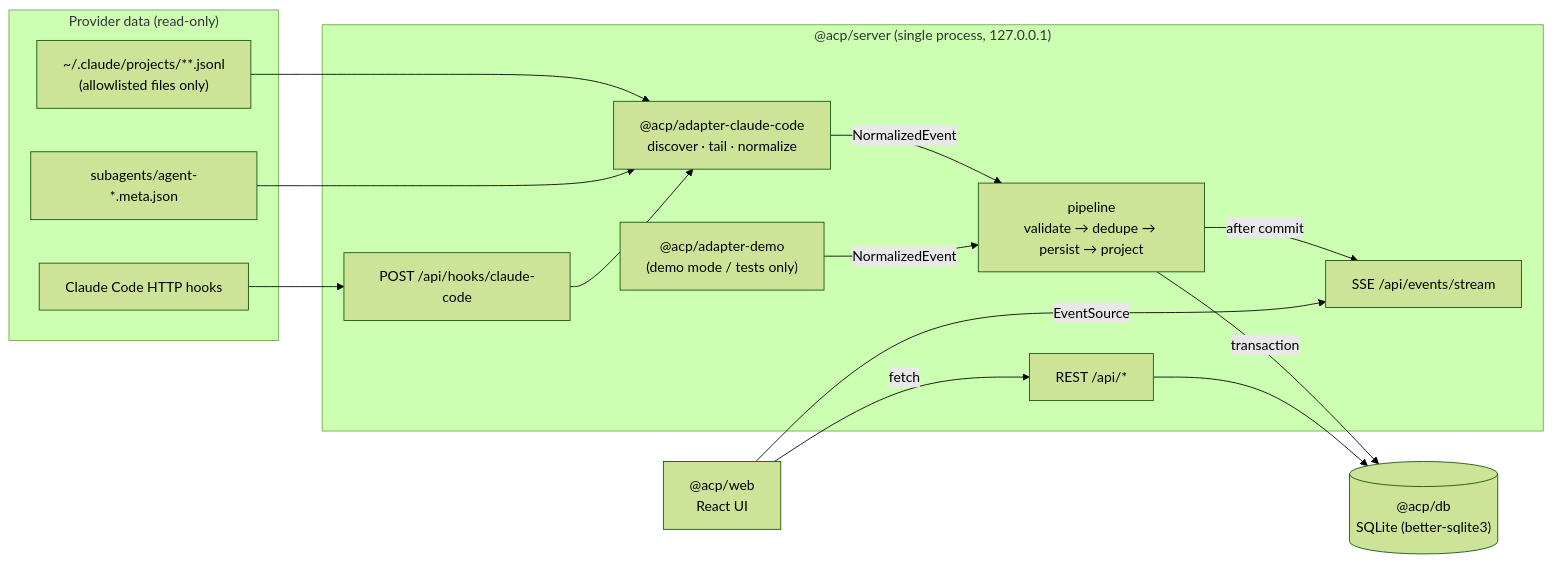
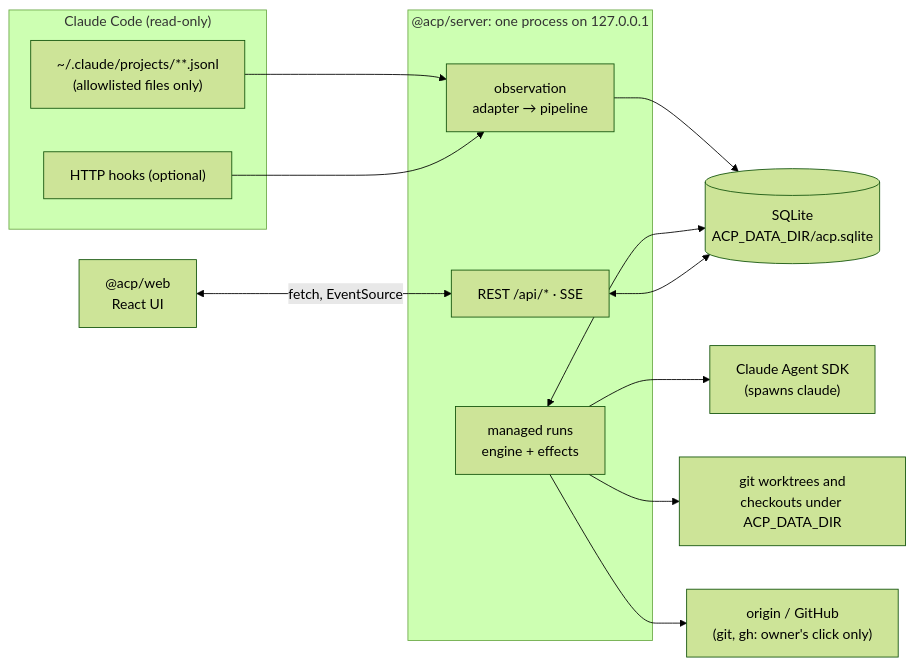
Before and after one commit to keerthivibisan/agent-control-plane: the first of 6 diagrams in docs/architecture.md, drawn with Mermaid (forest theme). The commit also changed other lines of this file and 327 other files, not shown here.

````diff
--- a/docs/architecture.md
+++ b/docs/architecture.md
@@ -13,31 +22,29 @@
 ```mermaid
 flowchart LR
-  subgraph Providers["Provider data (read-only)"]
+  subgraph Claude["Claude Code (read-only)"]
     TX["~/.claude/projects/**.jsonl<br/>(allowlisted files only)"]
-    META["subagents/agent-*.meta.json"]
-    HOOK["Claude Code HTTP hooks"]
+    HOOK["HTTP hooks (optional)"]
   end
 
-  subgraph Server["@acp/server (single process, 127.0.0.1)"]
-    ADP["@acp/adapter-claude-code<br/>discover · tail · normalize"]
-    DEMO["@acp/adapter-demo<br/>(demo mode / tests only)"]
-    PIPE["pipeline<br/>validate → dedupe → persist → project"]
-    API["REST /api/*"]
-    SSE["SSE /api/events/stream"]
-    HR["POST /api/hooks/claude-code"]
+  subgraph Server["@acp/server: one process on 127.0.0.1"]
+    OBS["observation<br/>adapter → pipeline"]
+    RUN["managed runs<br/>engine + effects"]
+    API["REST /api/* · SSE"]
   end
 
-  DB[("@acp/db<br/>SQLite (better-sqlite3)")]
+  DB[("SQLite<br/>ACP_DATA_DIR/acp.sqlite")]
   WEB["@acp/web<br/>React UI"]
+  SDK["Claude Agent SDK<br/>(spawns claude)"]
+  GIT["git worktrees and<br/>checkouts under ACP_DATA_DIR"]
+  GH["origin / GitHub<br/>(git, gh: owner's click only)"]
 
-  TX --> ADP
-  META --> ADP
-  HOOK --> HR --> ADP
-  ADP -->|NormalizedEvent| PIPE
-  DEMO -->|NormalizedEvent| PIPE
-  PIPE -->|transaction| DB
-  PIPE -->|after commit| SSE
-  API --> DB
-  WEB -->|fetch| API
-  WEB -->|EventSource| SSE
+  TX --> OBS
+  HOOK --> OBS
+  OBS --> DB
+  RUN <--> DB
+  RUN --> SDK
+  RUN --> GIT
+  RUN --> GH
+  API <--> DB
+  WEB <-->|fetch, EventSource| API
 ```
````
